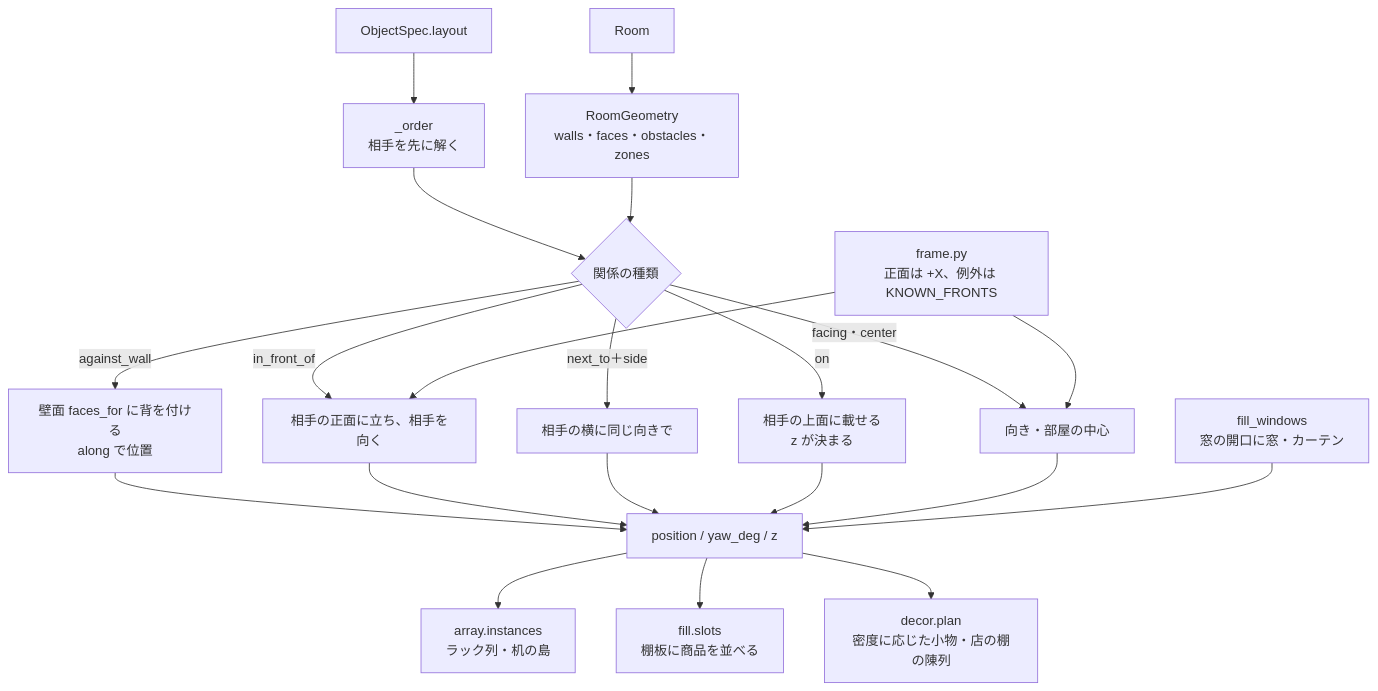
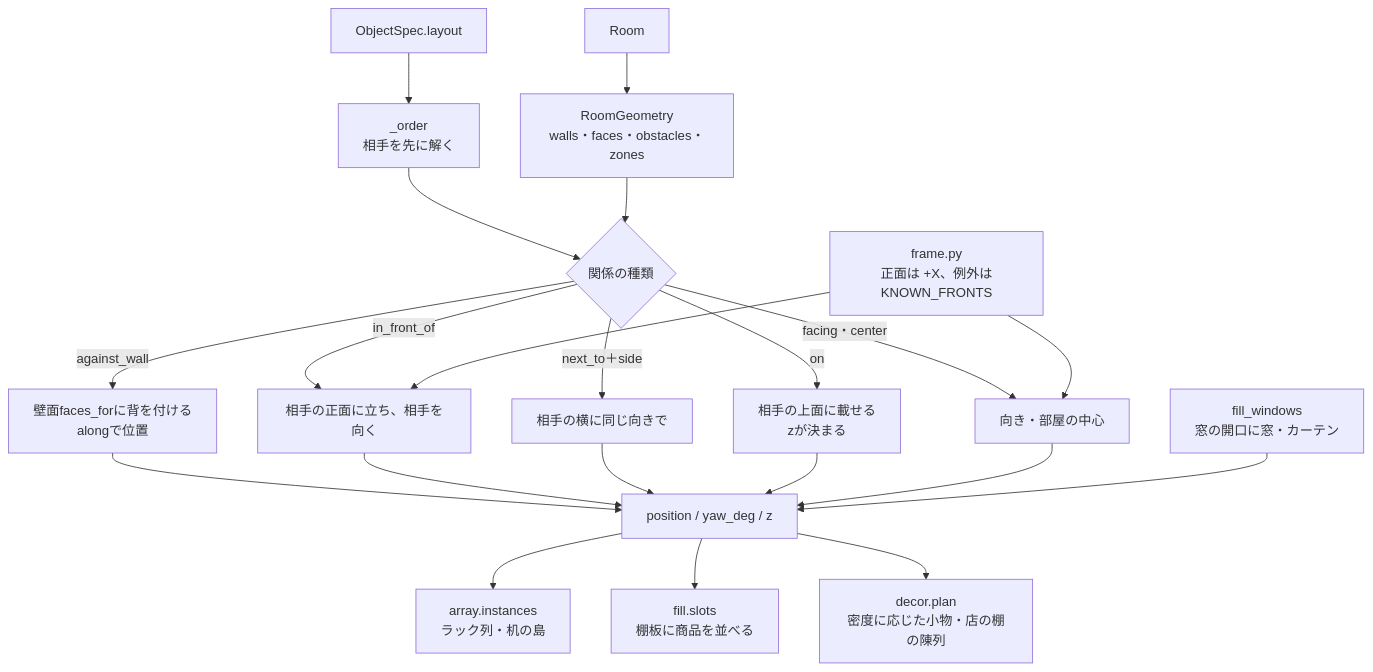
The fourth of 9 diagrams in docs/architecture.md (atinfinity/agentic-sim-world-gen), drawn with Mermaid before and after one commit. The commit also changed other lines of this file and 4 other files, not shown here.

Commit message:
Japanese docs: drop half-width spaces between Japanese and ASCII in the mermaid diagrams too

````diff
--- a/docs/architecture.md
+++ b/docs/architecture.md
@@ -237,23 +237,23 @@
 ```mermaid
 flowchart TD
     room["Room"] --> geom["RoomGeometry<br/>walls・faces・obstacles・zones"]
     objs["ObjectSpec.layout"] --> order["_order<br/>相手を先に解く"]
     order --> rel{"関係の種類"}
     geom --> rel
-    rel -->|"against_wall"| wall["壁面 faces_for に背を付ける<br/>along で位置"]
+    rel -->|"against_wall"| wall["壁面faces_forに背を付ける<br/>alongで位置"]
     rel -->|"in_front_of"| front["相手の正面に立ち、相手を向く"]
     rel -->|"next_to＋side"| side["相手の横に同じ向きで"]
-    rel -->|"on"| on["相手の上面に載せる<br/>z が決まる"]
+    rel -->|"on"| on["相手の上面に載せる<br/>zが決まる"]
     rel -->|"facing・center"| face["向き・部屋の中心"]
-    frame["frame.py<br/>正面は +X、例外は KNOWN_FRONTS"] --> front
+    frame["frame.py<br/>正面は +X、例外はKNOWN_FRONTS"] --> front
     frame --> face
     wall --> pose["position / yaw_deg / z"]
     front --> pose
     side --> pose
     on --> pose
     face --> pose
     pose --> arr["array.instances<br/>ラック列・机の島"]
     pose --> fill["fill.slots<br/>棚板に商品を並べる"]
     pose --> dec["decor.plan<br/>密度に応じた小物・店の棚の陳列"]
     win["fill_windows<br/>窓の開口に窓・カーテン"] --> pose
 ```
````
